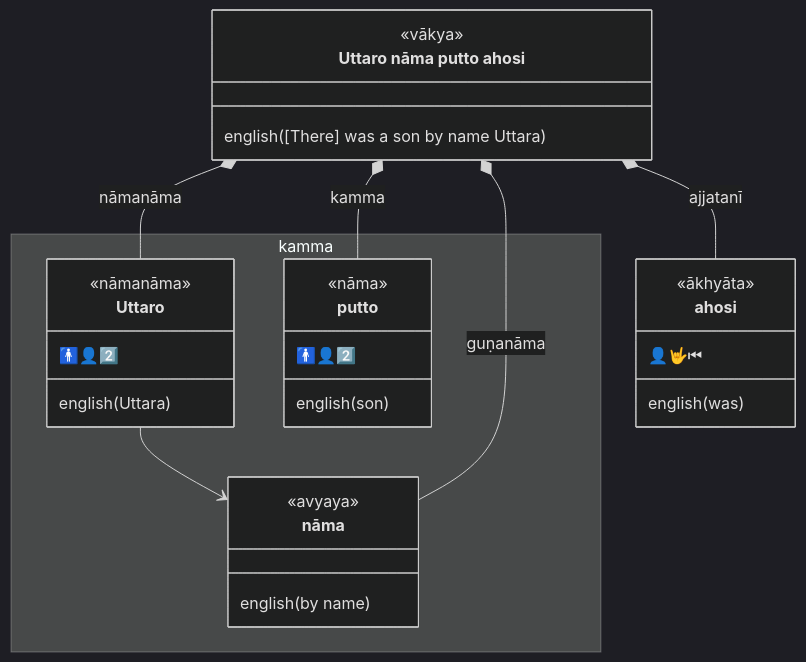
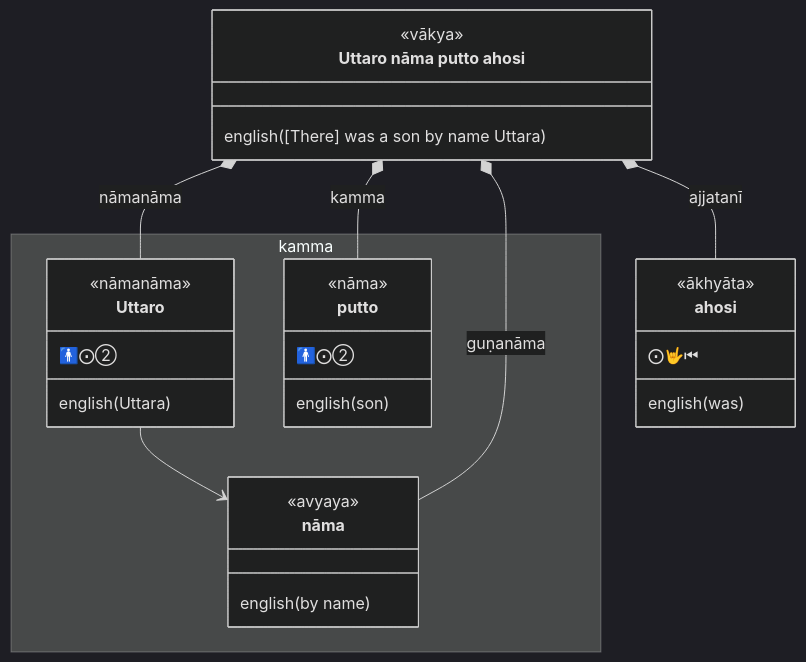
The eighth of 60 diagrams in content/en/docs/Pali/sentences.md (ChristineTham/buddhavacana), drawn with Mermaid (dark theme) before and after one commit. The commit also changed other lines of this file and 71 other files, not shown here.

````diff
--- a/content/en/docs/Pali/sentences.md
+++ b/content/en/docs/Pali/sentences.md
@@ -236,33 +236,33 @@
 ```mermaid
 classDiagram
   class sentence["Uttaro nāma putto ahosi"] {
     <<vākya>>
     english([There] was a son by name Uttara)
   }
   namespace kamma {
     class Uttaro {
       <<nāmanāma>>
-      🚹👤2️⃣
+      🚹⨀②
       english(Uttara)
     }
     class nāma {
       <<avyaya>>
       english(by name)
     }
     class putto {
       <<nāma>>
-      🚹👤2️⃣
+      🚹⨀②
       english(son)
     }
   }
   class ahosi {
     <<ākhyāta>>
-     👤🤟⏮
+     ⨀🤟⏮
     english(was)
   }
   Uttaro --> nāma
   sentence *-- Uttaro : nāmanāma
   sentence *-- nāma : guṇanāma
   sentence *-- putto : kamma
   sentence *-- ahosi: ajjatanī
 ```
````
